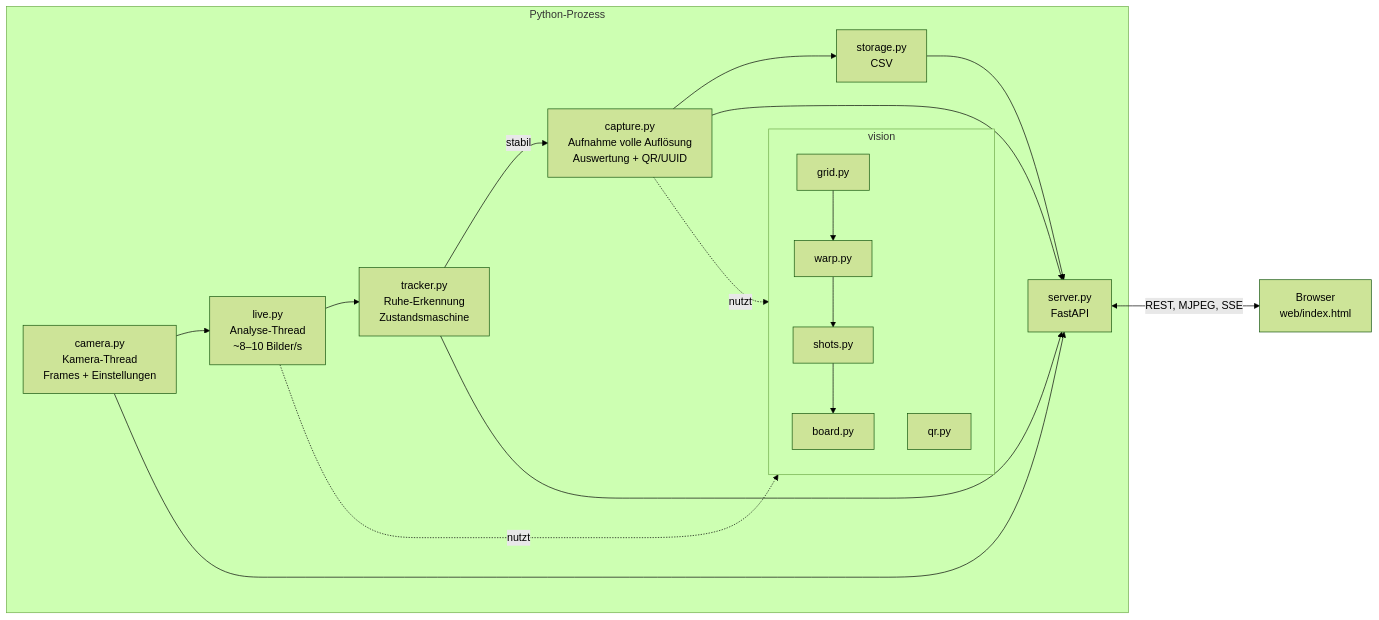
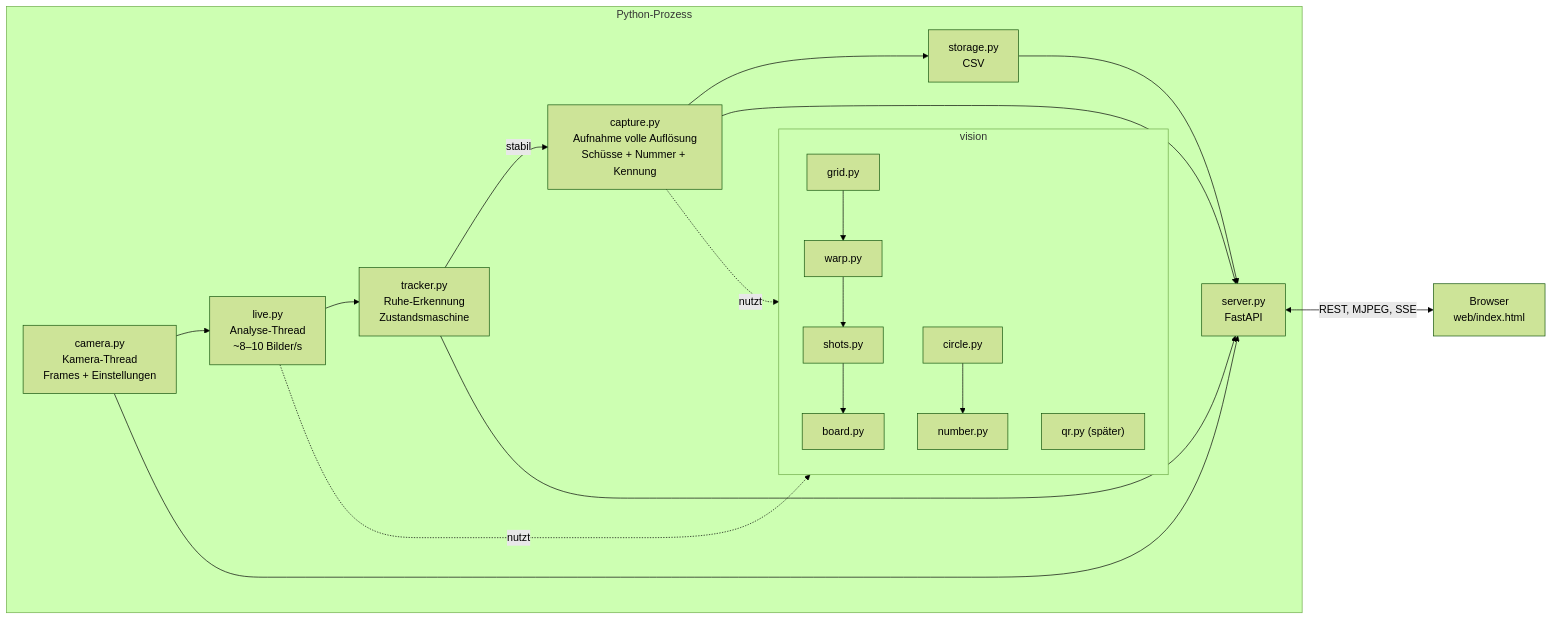
The first of 2 diagrams in docs/ARCHITECTURE.md (sgusenba/labinett), drawn with Mermaid (forest theme) before and after one commit. The commit also changed other lines of this file and 1 other file, not shown here.

First line of the commit message:
Plan: Schützennummer lokal erkennen, UUID/QR vorbereitet für später

````diff
--- a/docs/ARCHITECTURE.md
+++ b/docs/ARCHITECTURE.md
@@ -21,21 +22,22 @@
 ```mermaid
 flowchart LR
   subgraph Python-Prozess
     CAM[camera.py<br/>Kamera-Thread<br/>Frames + Einstellungen] --> PIPE[live.py<br/>Analyse-Thread<br/>~8–10 Bilder/s]
     PIPE --> TR[tracker.py<br/>Ruhe-Erkennung<br/>Zustandsmaschine]
-    TR -->|stabil| CAPT[capture.py<br/>Aufnahme volle Auflösung<br/>Auswertung + QR/UUID]
+    TR -->|stabil| CAPT[capture.py<br/>Aufnahme volle Auflösung<br/>Schüsse + Nummer + Kennung]
     CAPT --> STORE[storage.py<br/>CSV]
     subgraph vision
       GRID[grid.py] --> WARP[warp.py] --> SHOTS[shots.py] --> BOARD[board.py]
-      QR[qr.py]
+      CIRC[circle.py] --> NUM[number.py]
+      QR["qr.py (später)"]
     end
     PIPE -.nutzt.-> vision
     CAPT -.nutzt.-> vision
     API[server.py<br/>FastAPI]
   end
   API <-->|REST, MJPEG, SSE| UI[Browser<br/>web/index.html]
   CAM --> API
   TR --> API
   CAPT --> API
   STORE --> API
 ```
````
